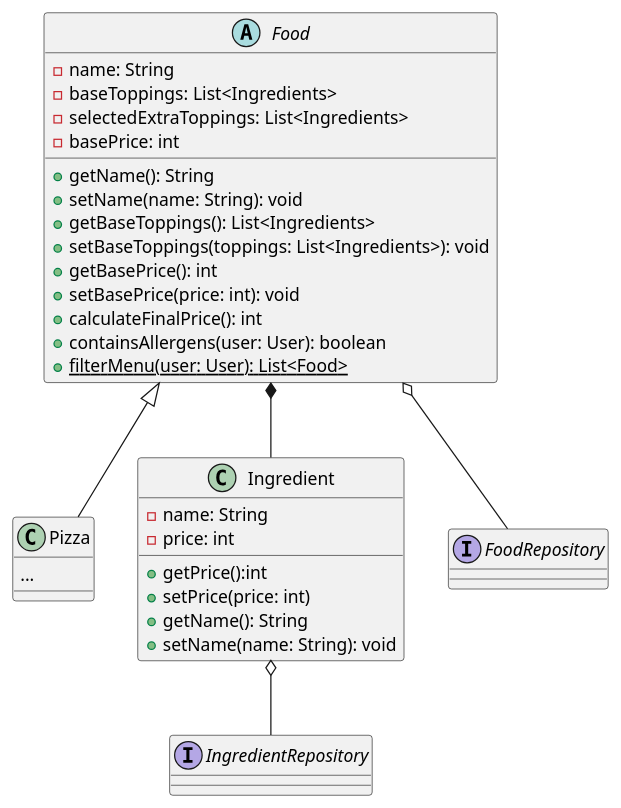
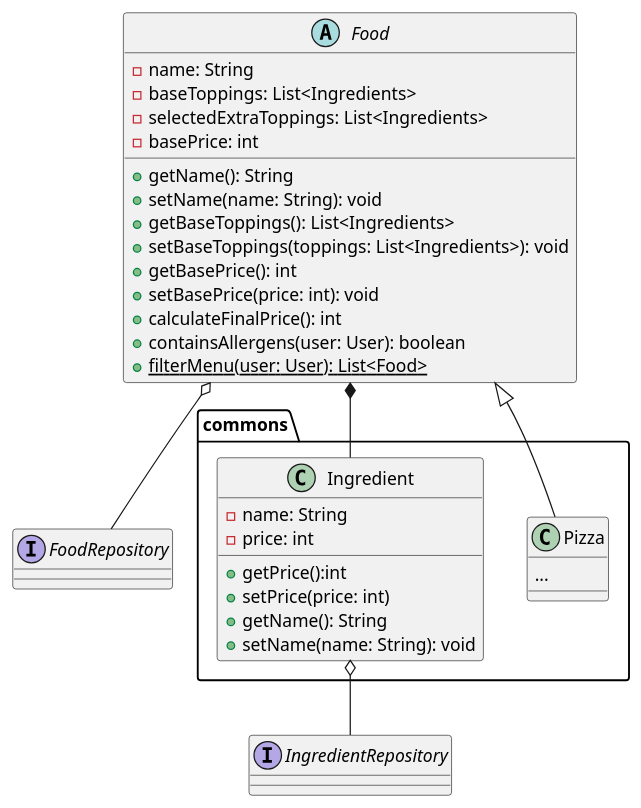
The diagram in docs/UML/Food.puml (GloryFight3r/SEM-Group07b), drawn with PlantUML before and after one commit. The commit also changed 6 other files, not shown here.

Commit message:
Adding of the common classes Pizza and Ingredient. Also merged the UML files into one document.

```diff
--- a/docs/UML/Food.puml
+++ b/docs/UML/Food.puml
@@ -1,38 +1,38 @@
 @startuml
 abstract class "Food" {
  -name: String
  -baseToppings: List<Ingredients>
  -selectedExtraToppings: List<Ingredients>
  -basePrice: int
 
  +getName(): String
  +setName(name: String): void
  +getBaseToppings(): List<Ingredients>
  +setBaseToppings(toppings: List<Ingredients>): void
  +getBasePrice(): int
  +setBasePrice(price: int): void
  +calculateFinalPrice(): int
  +containsAllergens(user: User): boolean
  +{static} filterMenu(user: User): List<Food>
 
 }
-class Pizza{
+class commons.Pizza{
 ...
 }
-Food <|-- Pizza
+Food <|-- commons.Pizza
 
-class Ingredient {
+class commons.Ingredient {
 -name: String
 -price: int
 
 +getPrice():int
 +setPrice(price: int)
 +getName(): String
 +setName(name: String): void
 }
-Food *-- Ingredient
+Food *-- commons.Ingredient
 interface IngredientRepository
 interface FoodRepository
 Food o--FoodRepository
-Ingredient o-- IngredientRepository
+commons.Ingredient o-- IngredientRepository
 @enduml
```
